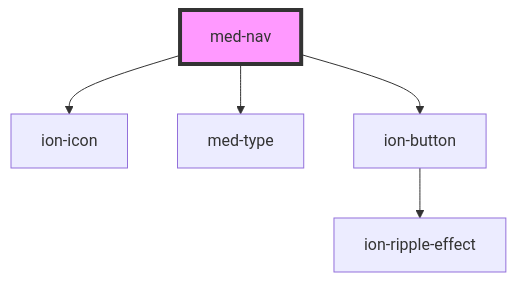
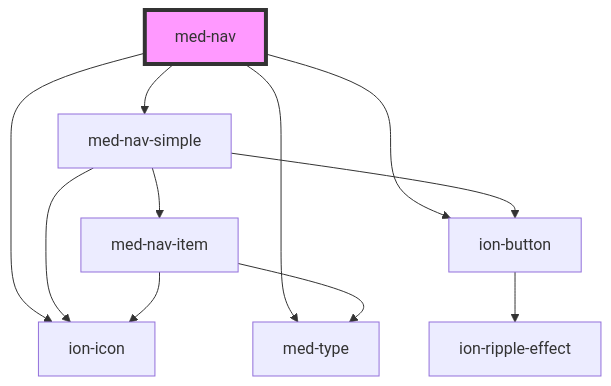
The diagram in core/src/components/@medgrupo/core/med-nav/readme.md (MEDGRUPOGIT/ionic-framework-1), drawn with Mermaid before and after one commit. The commit also changed other lines of this file and 44 other files, not shown here.

````diff
--- a/core/src/components/@medgrupo/core/med-nav/readme.md
+++ b/core/src/components/@medgrupo/core/med-nav/readme.md
@@ -24,8 +26,14 @@
 ```mermaid
 graph TD;
   med-nav --> ion-icon
   med-nav --> med-type
   med-nav --> ion-button
+  med-nav --> med-nav-simple
   ion-button --> ion-ripple-effect
+  med-nav-simple --> ion-icon
+  med-nav-simple --> med-nav-item
+  med-nav-simple --> ion-button
+  med-nav-item --> ion-icon
+  med-nav-item --> med-type
   style med-nav fill:#f9f,stroke:#333,stroke-width:4px
 ```
````
